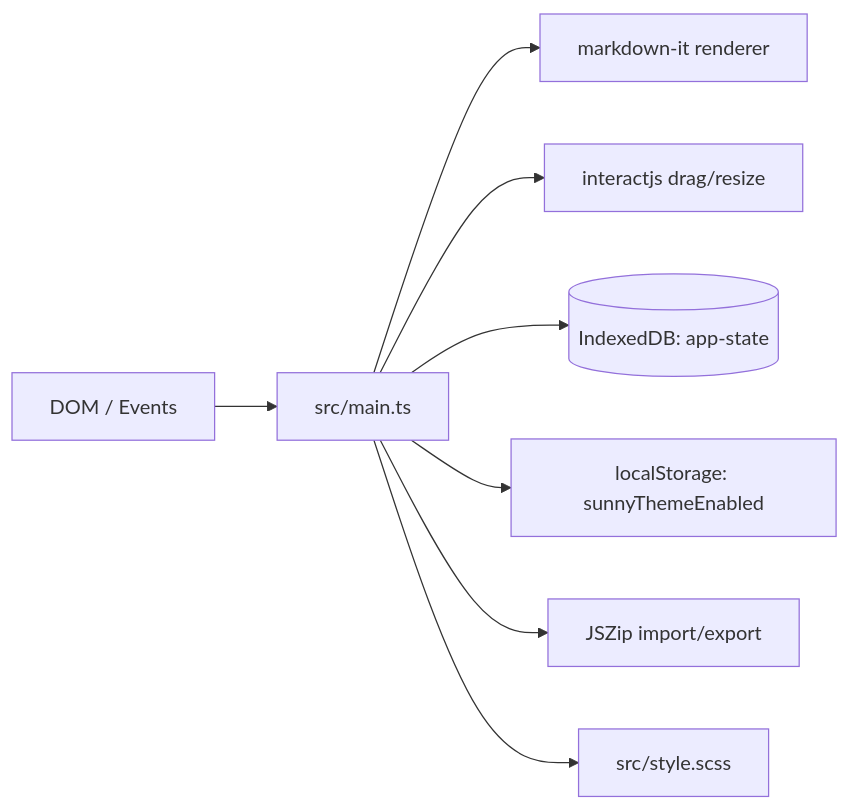
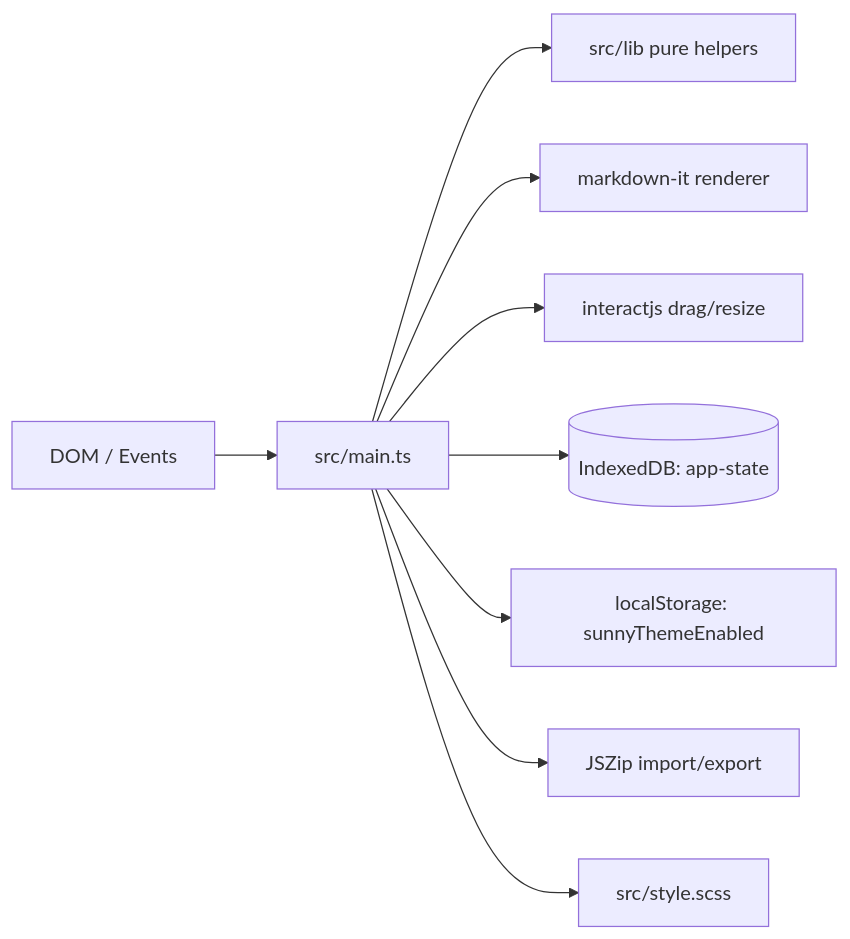
One commit to qzda/sticky-board changed the first of 3 diagrams in docs/ARCHITECTURE.md. Above: the diagram before and after it, drawn with Mermaid. The commit also changed other lines of this file and 16 other files, not shown here.

````diff
--- a/docs/ARCHITECTURE.md
+++ b/docs/ARCHITECTURE.md
@@ -22,10 +22,11 @@
 ```mermaid
 flowchart LR
   UI[DOM / Events] --> CORE[src/main.ts]
+  CORE --> LIB[src/lib pure helpers]
   CORE --> MD[markdown-it renderer]
   CORE --> IJS[interactjs drag/resize]
   CORE --> DB[(IndexedDB: app-state)]
   CORE --> LS[localStorage: sunnyThemeEnabled]
   CORE --> ZIP[JSZip import/export]
   CORE --> CSS[src/style.scss]
 ```
````
